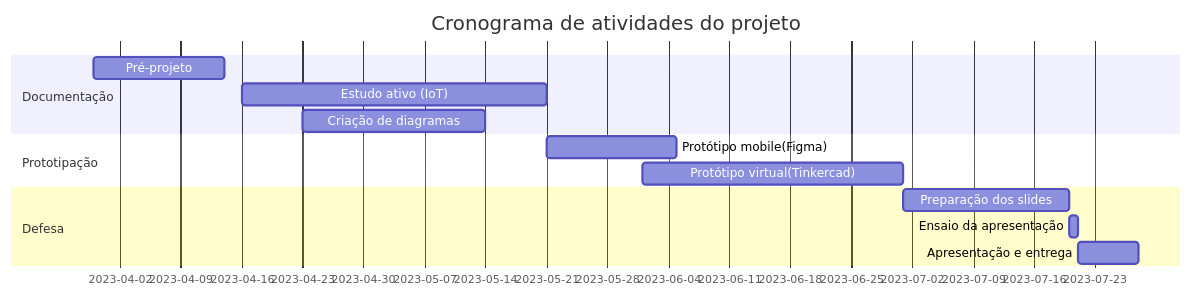
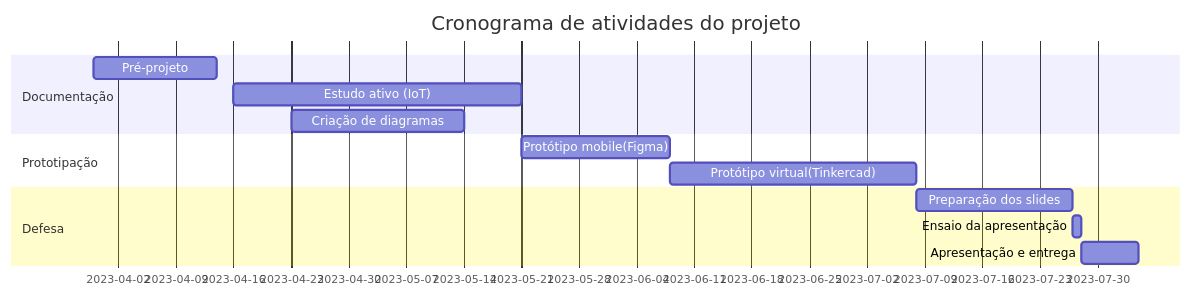
The diagram in README.md (AgathaSena/Projeto-Integrador-II), drawn with Mermaid before and after one commit.

````diff
--- a/README.md
+++ b/README.md
@@ -6,16 +6,16 @@
  ```mermaid
     gantt
     title Cronograma de atividades do projeto
     dateFormat  YYYY-MM-DD
     section Documentação
     Pré-projeto     :a1,  2023-03-30, 15d
     Estudo ativo (IoT)   :a2, 2023-04-16, 35d
     Criação de diagramas     :c3,  2023-04-23, 21d
     section Prototipação
-    Protótipo mobile(Figma)      :c1, after a2, 15d
-    Protótipo virtual(Tinkercad)      :c2,    2023-06-01, 30d
+    Protótipo mobile(Figma)      :c1, after a2, 18d
+    Protótipo virtual(Tinkercad)      :c2, after c1, 30d
     section Defesa
     Preparação dos slides :p1, after c2, 19d
     Ensaio da apresentação :p2, after p1, 01d
     Apresentação e entrega  :p3, after p2, 07d
 ``` 
````
